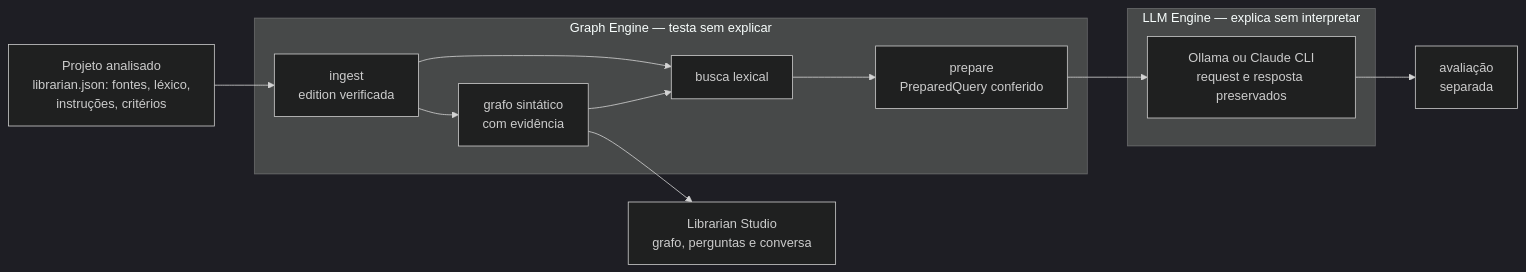
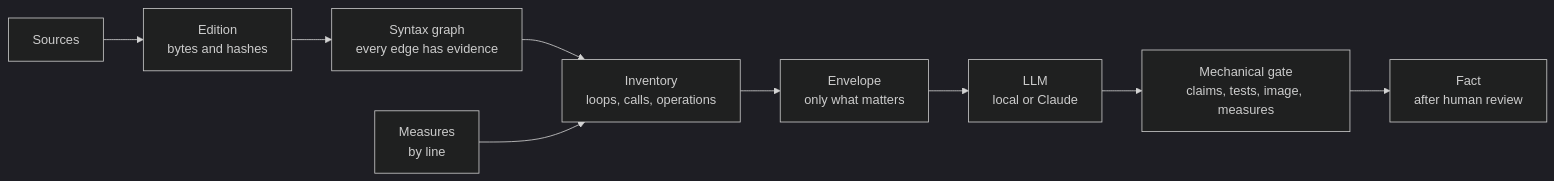
One commit to ViniciusSJV/librarian changed the diagram in README.md. Above: the diagram before and after it, drawn with Mermaid (dark theme). The commit also changed other lines of this file and 16 other files, not shown here.

````diff
--- a/README.md
+++ b/README.md
@@ -36,15 +48,11 @@
 ```mermaid
 flowchart LR
-    P[Projeto analisado<br/>librarian.json: fontes, léxico,<br/>instruções, critérios] --> I
-    subgraph GE[Graph Engine — testa sem explicar]
-        I[ingest<br/>edition verificada] --> G[grafo sintático<br/>com evidência]
-        I --> S[busca lexical]
-        G --> S
-        S --> Q[prepare<br/>PreparedQuery conferido]
-    end
-    subgraph LE[LLM Engine — explica sem interpretar]
-        Q --> O[Ollama ou Claude CLI<br/>request e resposta preservados]
-    end
-    O --> A[avaliação<br/>separada]
-    G --> V[Librarian Studio<br/>grafo, perguntas e conversa]
+    S[Sources] --> E[Edition<br/>bytes and hashes]
+    E --> G[Syntax graph<br/>every edge has evidence]
+    G --> I[Inventory<br/>loops, calls, operations]
+    M[Measures<br/>by line] --> I
+    I --> V[Envelope<br/>only what matters]
+    V --> L[LLM<br/>local or Claude]
+    L --> C[Mechanical gate<br/>claims, tests, image, measures]
+    C --> F[Fact<br/>after human review]
 ```
````
